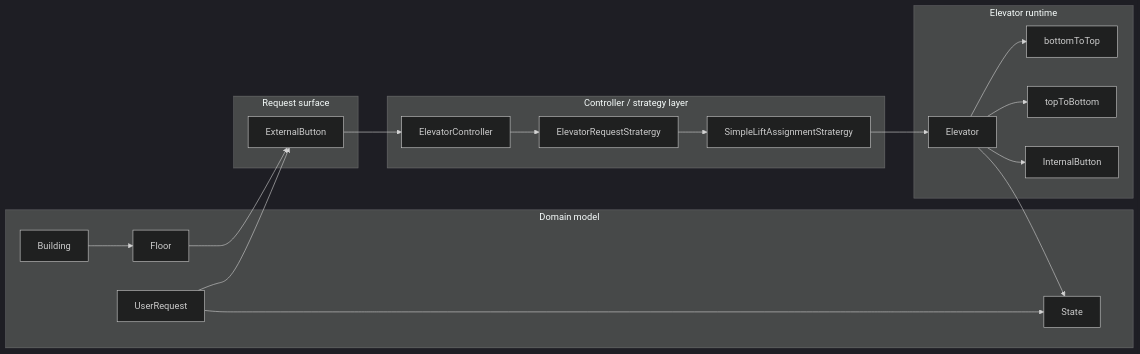
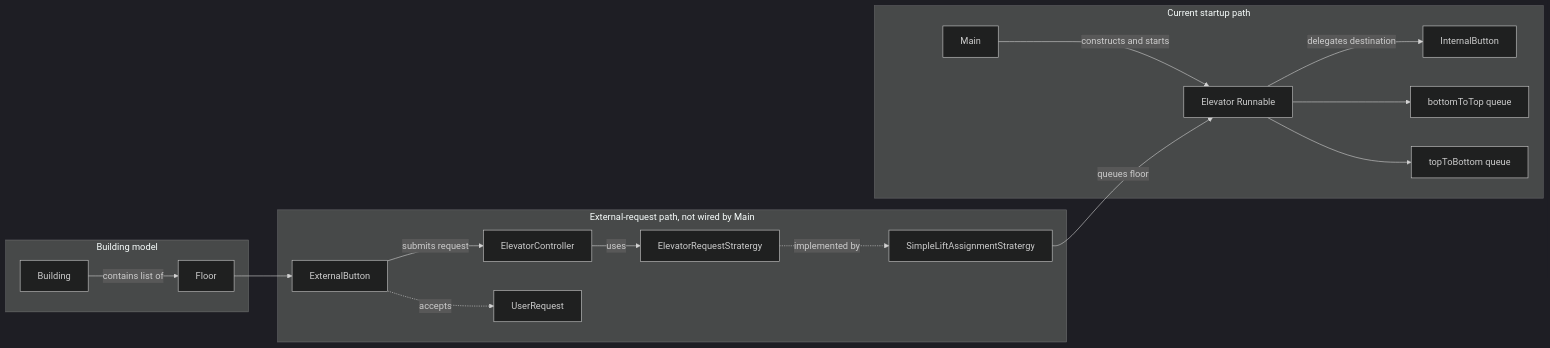
Before and after one commit to Software-Engineering-Organization/ElevatorLLDDesign: the second of 4 diagrams in ARCHITECTURE.md, drawn with Mermaid (dark theme). The commit also changed other lines of this file, not shown here.

Commit message:
Updated the Architecture MD file

````diff
--- a/ARCHITECTURE.md
+++ b/ARCHITECTURE.md
@@ -245,39 +272,35 @@
 ```mermaid
 flowchart LR
-    subgraph Domain[Domain model]
-        B[Building]
-        F[Floor]
-        U[UserRequest]
-        S[State]
+  subgraph Startup[Current startup path]
+    M[Main]
+    E[Elevator Runnable]
+    IB[InternalButton]
+    Q1[bottomToTop queue]
+    Q2[topToBottom queue]
     end
 
-    subgraph UserSurface[Request surface]
-        EB[ExternalButton]
+  subgraph Assignment[External-request path, not wired by Main]
+    EB[ExternalButton]
+    C[ElevatorController]
+    I[ElevatorRequestStratergy]
+    A[SimpleLiftAssignmentStratergy]
+    U[UserRequest]
     end
 
-    subgraph Control[Controller / strategy layer]
-        C[ElevatorController]
-        I[ElevatorRequestStratergy]
-        A[SimpleLiftAssignmentStratergy]
+  subgraph BuildingModel[Building model]
+    B[Building]
+    F[Floor]
     end
 
-    subgraph LiftRuntime[Elevator runtime]
-        E[Elevator]
-        IB[InternalButton]
-        Q1[bottomToTop]
-        Q2[topToBottom]
-    end
-
-    B --> F
-    F --> EB
-    EB --> C
-    C --> I
-    I --> A
-    A --> E
-    U --> EB
-    E --> Q1
-    E --> Q2
-    E --> IB
-    U --> S
-    E --> S
+  M -->|constructs and starts| E
+  E -->|delegates destination| IB
+  E --> Q1
+  E --> Q2
+  EB -->|submits request| C
+  C -->|uses| I
+  I -. implemented by .-> A
+  A -->|queues floor| E
+  B -->|contains list of| F
+  F --> EB
+  EB -. accepts .-> U
 ```
````
